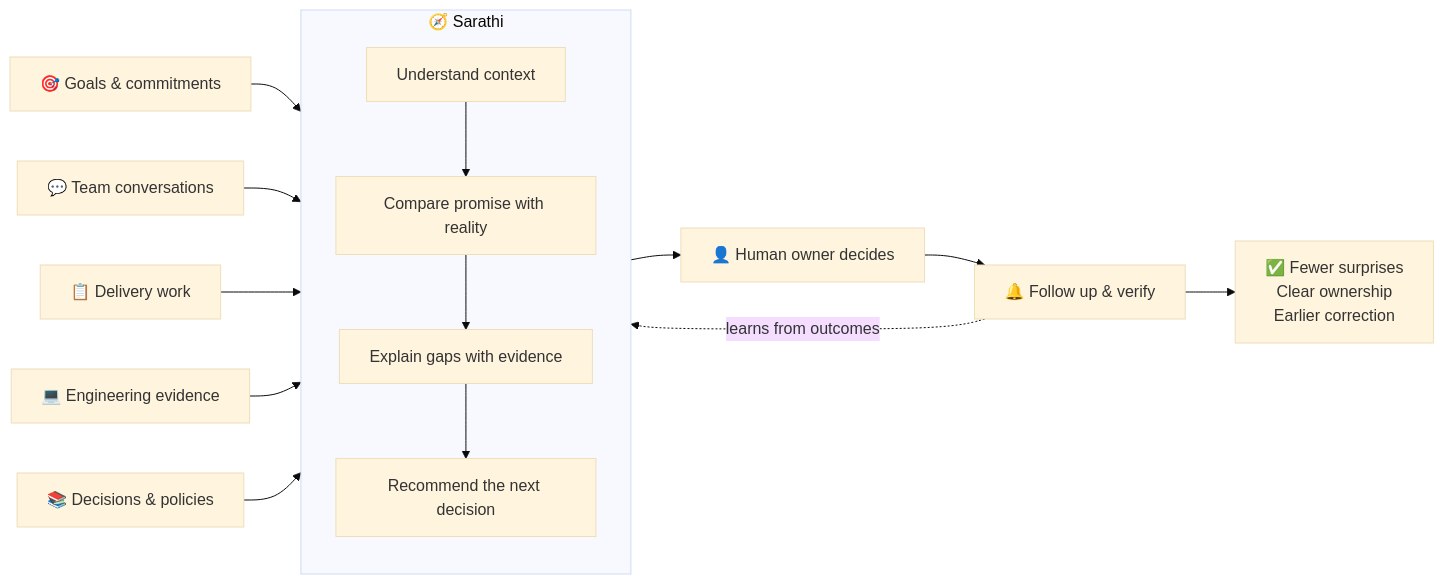
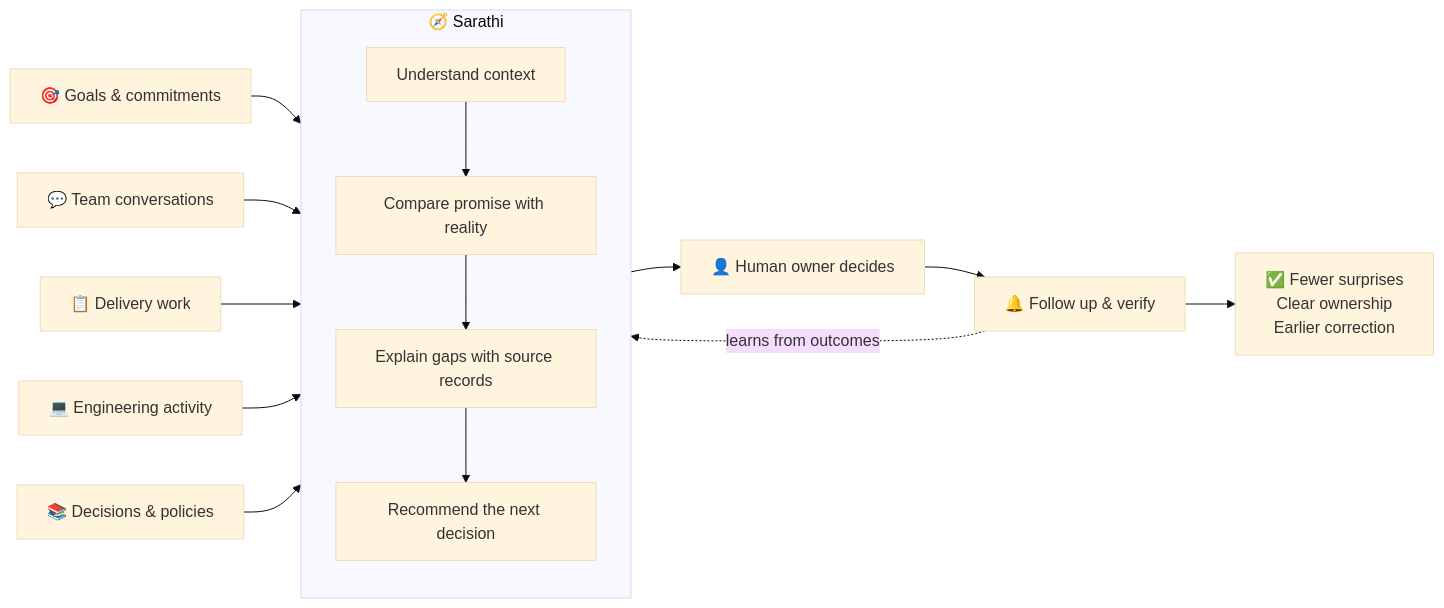
One commit to PearlThoughts/Sarathi changed the diagram in README.md. Above: the diagram before and after it, drawn with Mermaid (base theme). The commit also changed other lines of this file and 13 other files, not shown here.

````diff
--- a/README.md
+++ b/README.md
@@ -40,19 +40,19 @@
 ```mermaid
 flowchart LR
     A["🎯 Goals & commitments"] --> S
     B["💬 Team conversations"] --> S
     C["📋 Delivery work"] --> S
-    D["💻 Engineering evidence"] --> S
+    D["💻 Engineering activity"] --> S
     E["📚 Decisions & policies"] --> S
 
     subgraph S["🧭 Sarathi"]
       S1["Understand context"] --> S2["Compare promise with reality"]
-      S2 --> S3["Explain gaps with evidence"]
+      S2 --> S3["Explain gaps with source records"]
       S3 --> S4["Recommend the next decision"]
     end
 
     S --> H["👤 Human owner decides"]
     H --> F["🔔 Follow up & verify"]
     F --> O["✅ Fewer surprises<br/>Clear ownership<br/>Earlier correction"]
     F -. learns from outcomes .-> S
 ```
````
